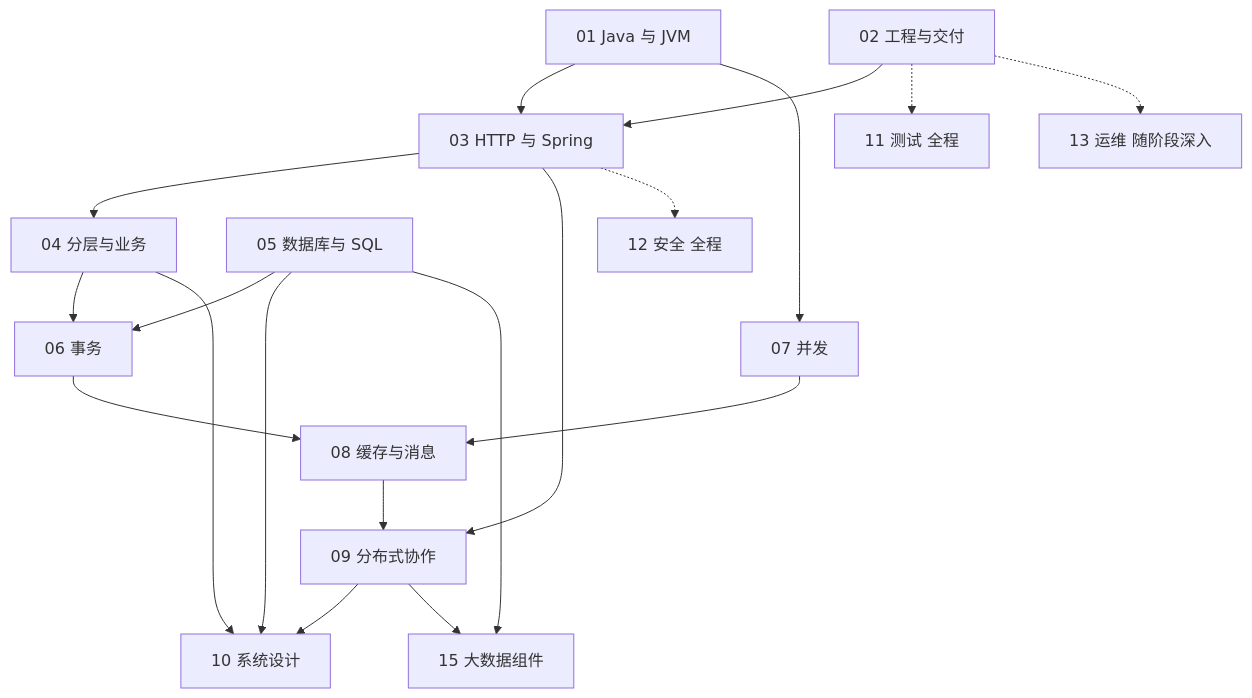
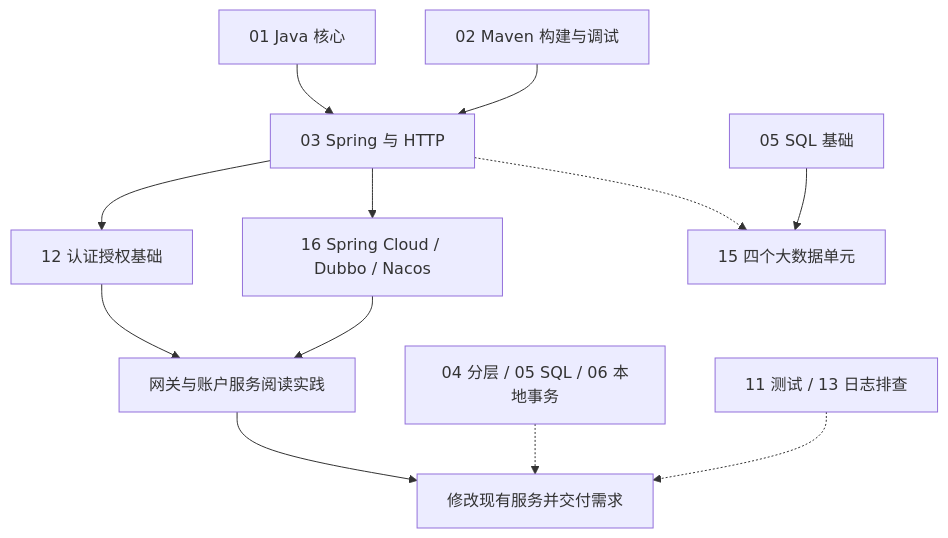
One commit to Mr-giraff/backend-roadmap changed the diagram in docs/index.md. Above: the diagram before and after it, drawn with Mermaid. The commit also changed other lines of this file and 46 other files, not shown here.

````diff
--- a/docs/index.md
+++ b/docs/index.md
@@ -53,21 +39,14 @@
 ```mermaid
 flowchart TD
-    J["01 Java 与 JVM"] --> W["03 HTTP 与 Spring"]
-    E["02 工程与交付"] --> W
-    W --> A["04 分层与业务"]
-    D["05 数据库与 SQL"] --> T["06 事务"]
-    A --> T
-    J --> C["07 并发"]
-    T --> M["08 缓存与消息"]
-    C --> M
-    M --> R["09 分布式协作"]
-    W --> R
-    A --> S["10 系统设计"]
-    D --> S
-    R --> S
-    R --> B["15 大数据组件"]
-    D --> B
-    E -.-> Q["11 测试 全程"]
-    W -.-> SEC["12 安全 全程"]
-    E -.-> O["13 运维 随阶段深入"]
+    J["01 Java 核心"] --> S["03 Spring 与 HTTP"]
+    M["02 Maven 构建与调试"] --> S
+    S --> A["12 认证授权基础"]
+    S --> C["16 Spring Cloud / Dubbo / Nacos"]
+    A --> R["网关与账户服务阅读实践"]
+    C --> R
+    R --> F["修改现有服务并交付需求"]
+    B["04 分层 / 05 SQL / 06 本地事务"] -.-> F
+    Q["11 测试 / 13 日志排查"] -.-> F
+    SQL["05 SQL 基础"] --> DATA["15 四个大数据单元"]
+    S -.-> DATA
 ```
````
